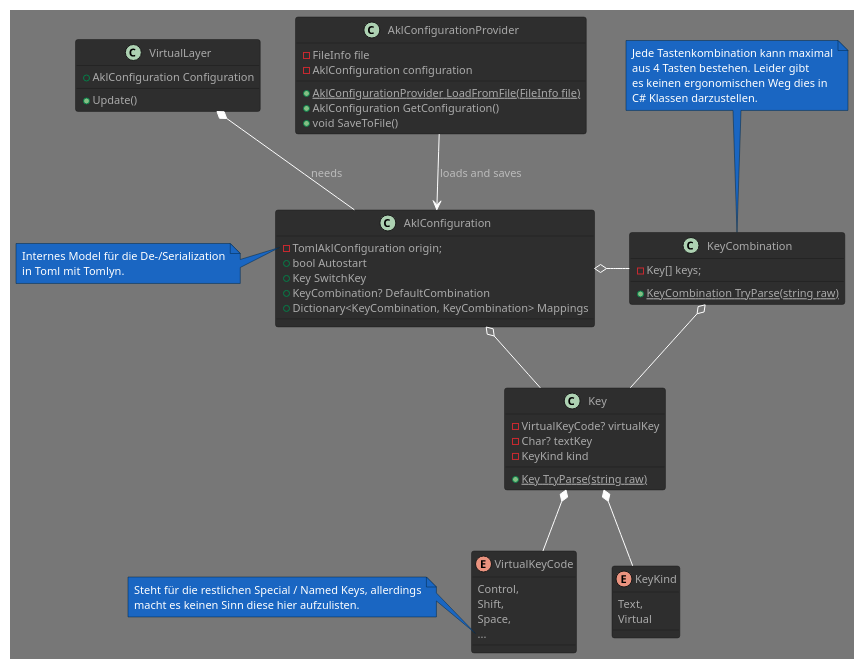
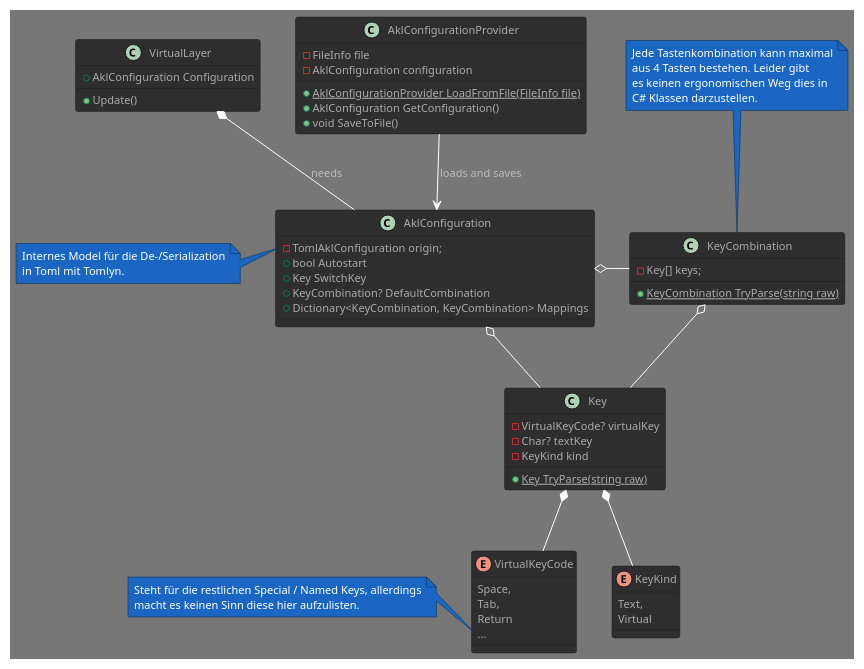
One commit to marchaen/another-keyboard-layer changed the fourth of 5 diagrams in README.adoc. Above: the diagram before and after it, drawn with PlantUML. The commit also changed 5 other files, not shown here.

First line of the commit message:
Fix shift, control and alt not being handled

```diff
--- a/README.adoc
+++ b/README.adoc
@@ -290,80 +290,80 @@
 [plantuml, target="common-api-definition", format=svg]
 ....
 @startuml
 !theme reddress-darkblue
 
 enum VirtualKeyCode {
-    Control,
-    Shift,
     Space,
+    Tab,
+    Return
     ...
 }
 
 note left of VirtualKeyCode::...
 Steht für die restlichen Special / Named Keys, allerdings
 macht es keinen Sinn diese hier aufzulisten.
 end note
 
 enum KeyKind {
     Text,
     Virtual
 }
 
 class Key {
     {field} -VirtualKeyCode? virtualKey
     {field} -Char? textKey
     {field} -KeyKind kind
     {static} {method} +Key TryParse(string raw)
 }
 
 class KeyCombination {
     {field} -Key[] keys;
     {static} {method} +KeyCombination TryParse(string raw)
 }
 
 note top of KeyCombination
 Jede Tastenkombination kann maximal
 aus 4 Tasten bestehen. Leider gibt
 es keinen ergonomischen Weg dies in
 C# Klassen darzustellen.
 end note
 
 class AklConfiguration {
     {field} -TomlAklConfiguration origin;
     {field} +bool Autostart
     {field} +Key SwitchKey
     {field} +KeyCombination? DefaultCombination
     {field} +Dictionary<KeyCombination, KeyCombination> Mappings
 }
 
 note left of AklConfiguration::TomlAklConfiguration
 Internes Model für die De-/Serialization
 in Toml mit Tomlyn.
 end note
 
 class VirtualLayer {
     {field} +AklConfiguration Configuration
     {method} +Update()
 }
 
 class AklConfigurationProvider {
     {field} -FileInfo file
     {field} -AklConfiguration configuration
     {static} {method} +AklConfigurationProvider LoadFromFile(FileInfo file)
     {method} +AklConfiguration GetConfiguration()
     {method} +void SaveToFile()
 }
 
 Key *-- VirtualKeyCode
 Key *-- KeyKind
 
 KeyCombination o-- Key
 
 AklConfiguration o- KeyCombination
 AklConfiguration o- Key
 
 AklConfigurationProvider --> AklConfiguration : loads and saves
 VirtualLayer *-- AklConfiguration : needs
 
 @enduml
 ....
```
